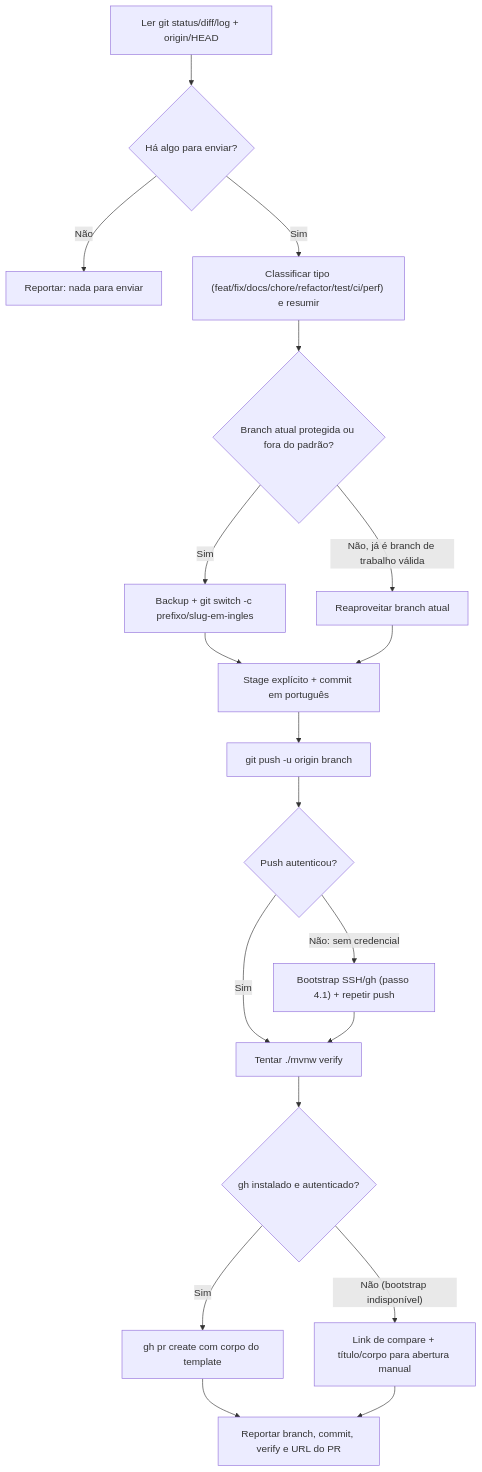
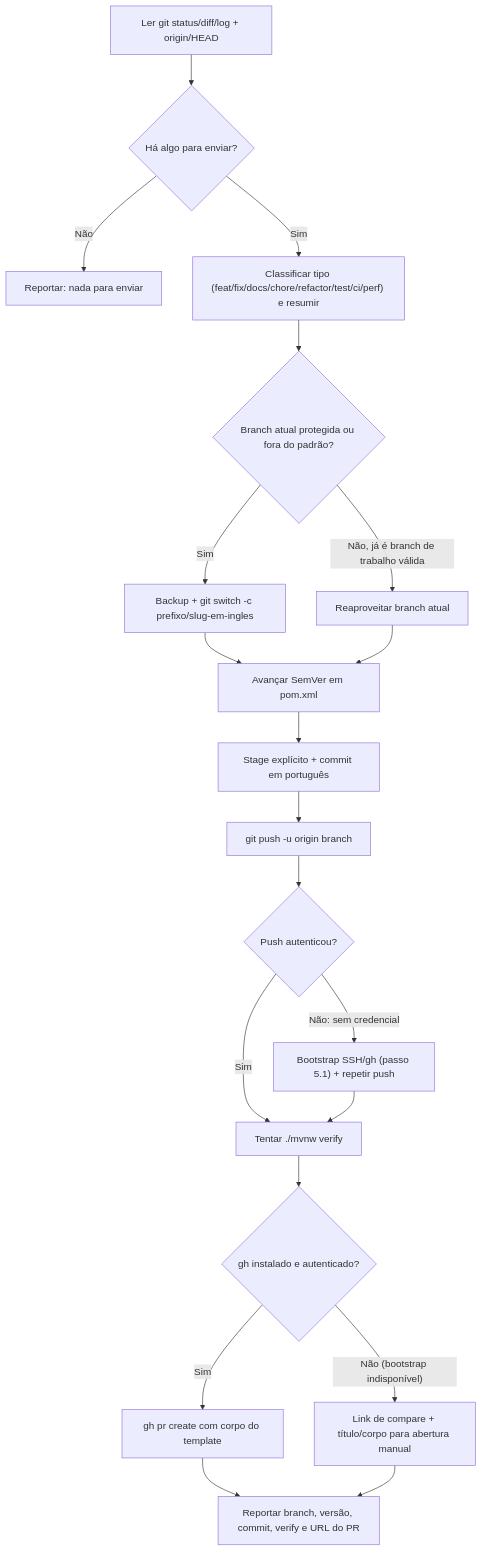
The diagram in .cursor/skills/ship-implementation/SKILL.md (sajitar/sajitar-backend), drawn with Mermaid before and after one commit. The commit also changed other lines of this file and 9 other files, not shown here.

````diff
--- a/.cursor/skills/ship-implementation/SKILL.md
+++ b/.cursor/skills/ship-implementation/SKILL.md
@@ -22,21 +22,22 @@
 ```mermaid
 flowchart TD
     read["Ler git status/diff/log + origin/HEAD"] --> nothing{"Há algo para enviar?"}
     nothing -->|"Não"| stop["Reportar: nada para enviar"]
     nothing -->|"Sim"| classify["Classificar tipo (feat/fix/docs/chore/refactor/test/ci/perf) e resumir"]
     classify --> protectedCheck{"Branch atual protegida ou fora do padrão?"}
     protectedCheck -->|"Sim"| newBranch["Backup + git switch -c prefixo/slug-em-ingles"]
     protectedCheck -->|"Não, já é branch de trabalho válida"| reuse["Reaproveitar branch atual"]
-    newBranch --> commit["Stage explícito + commit em português"]
-    reuse --> commit
+    newBranch --> bump["Avançar SemVer em pom.xml"]
+    reuse --> bump
+    bump --> commit["Stage explícito + commit em português"]
     commit --> push["git push -u origin branch"]
     push --> pushOk{"Push autenticou?"}
     pushOk -->|"Sim"| verify["Tentar ./mvnw verify"]
-    pushOk -->|"Não: sem credencial"| bootstrap["Bootstrap SSH/gh (passo 4.1) + repetir push"]
+    pushOk -->|"Não: sem credencial"| bootstrap["Bootstrap SSH/gh (passo 5.1) + repetir push"]
     bootstrap --> verify
     verify --> prAuth{"gh instalado e autenticado?"}
     prAuth -->|"Sim"| prCreate["gh pr create com corpo do template"]
     prAuth -->|"Não (bootstrap indisponível)"| compareLink["Link de compare + título/corpo para abertura manual"]
-    prCreate --> report["Reportar branch, commit, verify e URL do PR"]
+    prCreate --> report["Reportar branch, versão, commit, verify e URL do PR"]
     compareLink --> report
 ```
````
